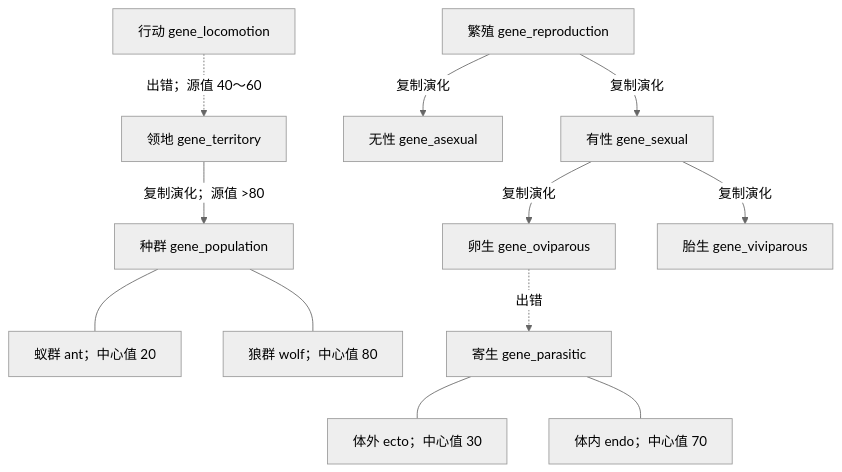
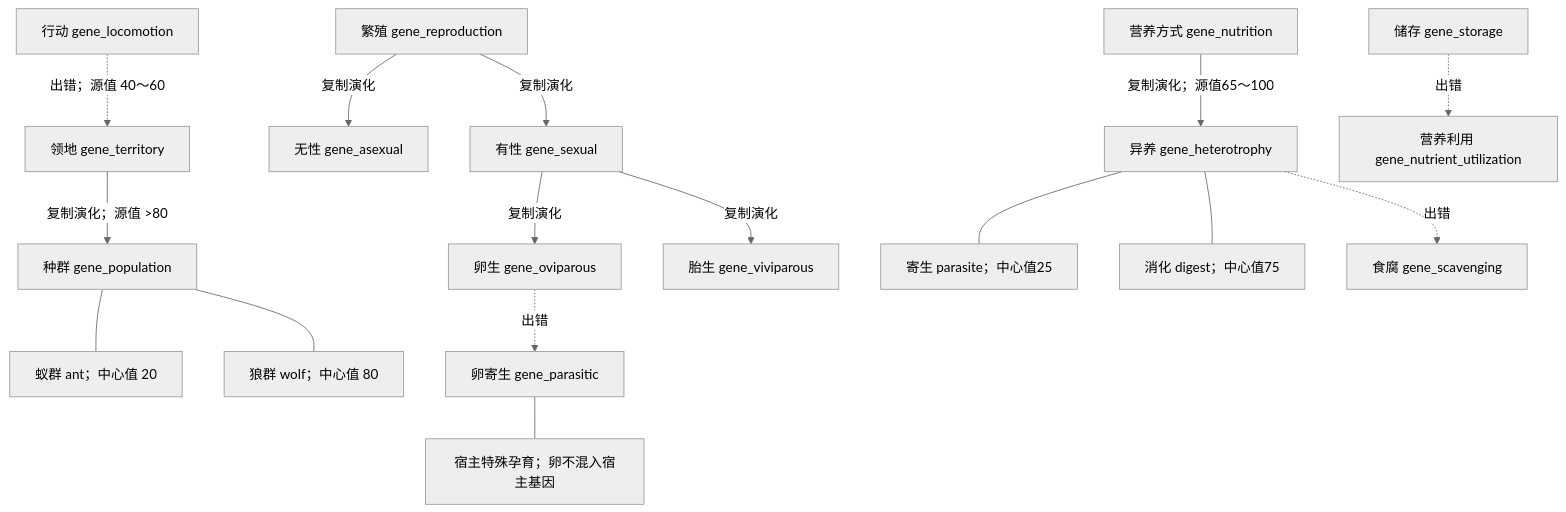
One commit to xhs6666/Darwin_paradise changed the diagram in Docs/开发设计/Genetics_Tree.md. Above: the diagram before and after it, drawn with Mermaid (neutral theme). The commit also changed other lines of this file and 121 other files, not shown here.

````diff
--- a/Docs/开发设计/Genetics_Tree.md
+++ b/Docs/开发设计/Genetics_Tree.md
@@ -23,14 +24,18 @@
 ```mermaid
 flowchart TD
     L[行动 gene_locomotion] -. "出错；源值 40～60" .-> T[领地 gene_territory]
     T -->|"复制演化；源值 >80"| P[种群 gene_population]
     P --- A[蚁群 ant；中心值 20]
     P --- W[狼群 wolf；中心值 80]
     R[繁殖 gene_reproduction] -->|复制演化| AS[无性 gene_asexual]
     R -->|复制演化| S[有性 gene_sexual]
     S -->|复制演化| O[卵生 gene_oviparous]
     S -->|复制演化| V[胎生 gene_viviparous]
-    O -. 出错 .-> PS[寄生 gene_parasitic]
-    PS --- E[体外 ecto；中心值 30]
-    PS --- I[体内 endo；中心值 70]
+    O -. 出错 .-> PS[卵寄生 gene_parasitic]
+    PS --- E[宿主特殊孕育；卵不混入宿主基因]
+    N[营养方式 gene_nutrition] -->|复制演化；源值65～100| H[异养 gene_heterotrophy]
+    H --- HP[寄生 parasite；中心值25]
+    H --- HD[消化 digest；中心值75]
+    H -. 出错 .-> SC[食腐 gene_scavenging]
+    ST[储存 gene_storage] -. 出错 .-> NU[营养利用 gene_nutrient_utilization]
 ```
````
